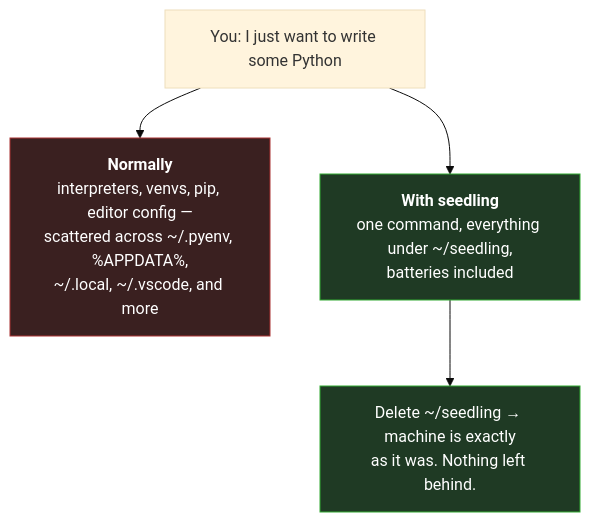
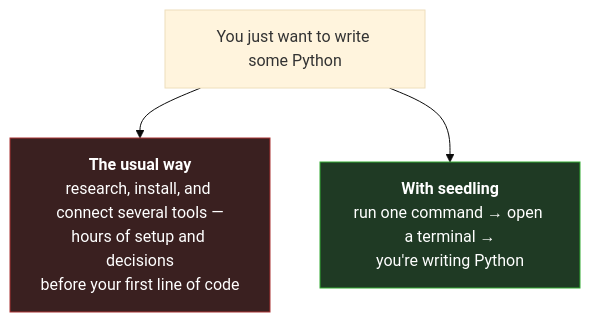
Before and after one commit to cryocliff/seedling: the first of 3 diagrams in README.md, drawn with Mermaid (base theme). The commit also changed other lines of this file, not shown here.

````diff
--- a/README.md
+++ b/README.md
@@ -25,11 +28,9 @@
 ```mermaid
 flowchart TB
-    U["You: I just want to write some Python"]
-    U --> Mess["<b>Normally</b><br/>interpreters, venvs, pip, editor config —<br/>scattered across ~/.pyenv, %APPDATA%,<br/>~/.local, ~/.vscode, and more"]
-    U --> Seed["<b>With seedling</b><br/>one command, everything under ~/seedling,<br/>batteries included"]
-    Seed --> Del["Delete ~/seedling → machine is exactly<br/>as it was. Nothing left behind."]
+    U["You just want to write some Python"]
+    U --> Normal["<b>The usual way</b><br/>research, install, and connect several tools —<br/>hours of setup and decisions<br/>before your first line of code"]
+    U --> Seed["<b>With seedling</b><br/>run one command → open a terminal →<br/>you're writing Python"]
 
-    style Mess fill:#3a2020,stroke:#a33,color:#fff
+    style Normal fill:#3a2020,stroke:#a33,color:#fff
     style Seed fill:#1f3a24,stroke:#3a3,color:#fff
-    style Del fill:#1f3a24,stroke:#3a3,color:#fff
 ```
````
